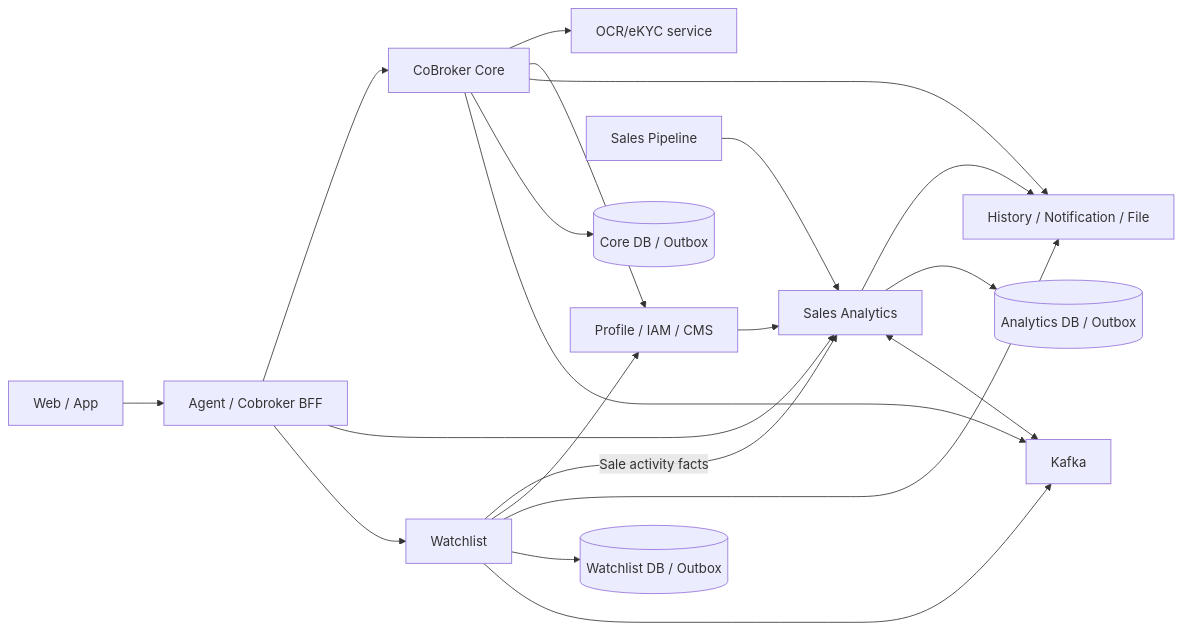
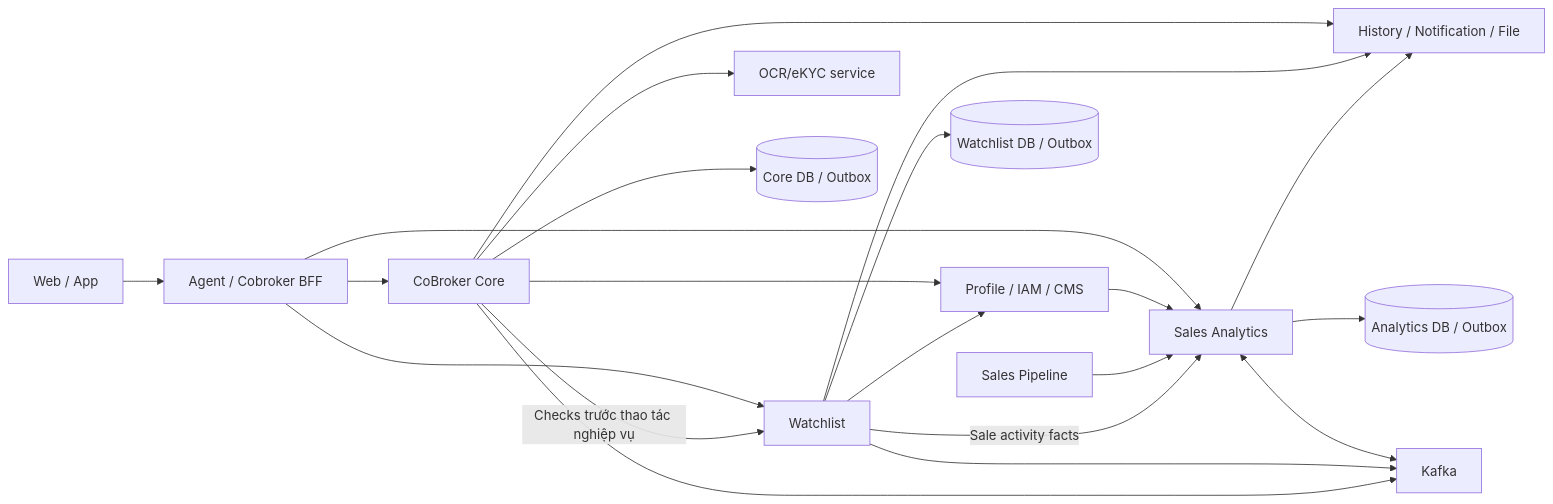
One commit to huynv-xyz/vhm-tdd changed the diagram in cobroker/diagrams/cobroker-01.mmd. Above: the diagram before and after it, drawn with Mermaid. The commit also changed 9 other files, not shown here.

```diff
--- a/cobroker/diagrams/cobroker-01.mmd
+++ b/cobroker/diagrams/cobroker-01.mmd
@@ -1,20 +1,21 @@
 flowchart LR
     U["Web / App"] --> B["Agent / Cobroker BFF"]
     B --> C["CoBroker Core"]
     B --> A["Sales Analytics"]
     B --> W["Watchlist"]
+    C -->|"Checks trước thao tác nghiệp vụ"| W
     C --> E["OCR/eKYC service"]
     C --> P["Profile / IAM / CMS"]
     P --> A
     D["Sales Pipeline"] --> A
     W -->|"Sale activity facts"| A
     W --> P
     C --> H["History / Notification / File"]
     W --> H
     A --> H
     C --> CD[("Core DB / Outbox")]
     A --> AD[("Analytics DB / Outbox")]
     W --> WD[("Watchlist DB / Outbox")]
     A <--> K["Kafka"]
     W --> K
     C --> K
```
